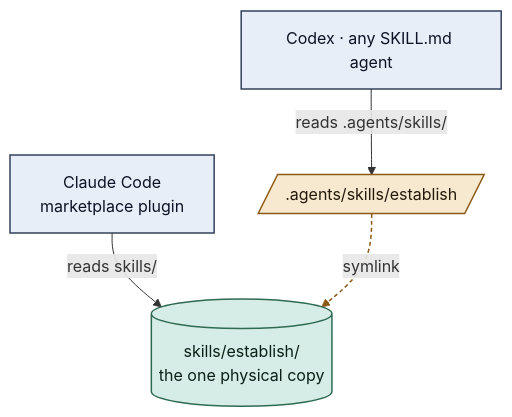
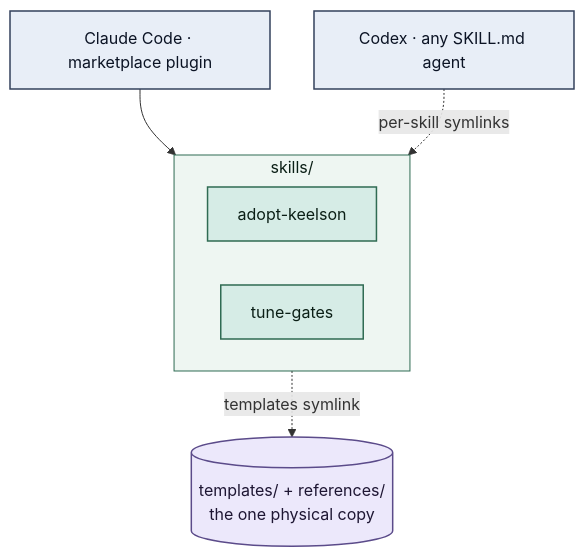
The sixth of 6 diagrams in README.md (innovestrum/keelson), drawn with Mermaid before and after one commit. The commit also changed other lines of this file and 33 other files, not shown here.

First line of the commit message:
feat(gates): standalone tune-gates skill + source-change-gate; rename establish→adopt-keelson (#5)

````diff
--- a/README.md
+++ b/README.md
@@ -165,14 +195,19 @@
 ```mermaid
 %%{init: {"flowchart": {"diagramPadding": 22, "nodeSpacing": 44, "rankSpacing": 42}}}%%
 flowchart TD
-  CC[Claude Code<br/>marketplace plugin] -->|reads skills/| D[(skills/establish/<br/>the one physical copy)]
-  CX[Codex · any SKILL.md agent] -->|reads .agents/skills/| SL[/.agents/skills/establish/]
-  SL -. symlink .-> D
+  CC[Claude Code · marketplace plugin] --> S
+  CX[Codex · any SKILL.md agent] -. per-skill symlinks .-> S
+  subgraph S [skills/]
+    direction LR
+    AK[adopt-keelson]
+    TG[tune-gates]
+  end
+  S -. templates symlink .-> T[(templates/ + references/<br/>the one physical copy)]
   classDef tool fill:#e8eef7,stroke:#33415c,color:#0b1324,stroke-width:1.5px;
-  classDef real fill:#d6ece6,stroke:#2f6b53,color:#0b1f16,stroke-width:1.5px;
-  classDef link fill:#f7e9d0,stroke:#8a5a16,color:#241a0b,stroke-width:1.5px;
+  classDef skill fill:#d6ece6,stroke:#2f6b53,color:#0b1f16,stroke-width:1.5px;
+  classDef real fill:#ece8fb,stroke:#5b4b8a,color:#1e1633,stroke-width:1.5px;
   class CC,CX tool;
-  class D real;
-  class SL link;
-  linkStyle 2 stroke:#8a5a16,stroke-width:1.5px,stroke-dasharray:4 3;
+  class AK,TG skill;
+  class T real;
+  style S fill:#eef6f2,stroke:#2f6b53,color:#0b1f16;
 ```
````
